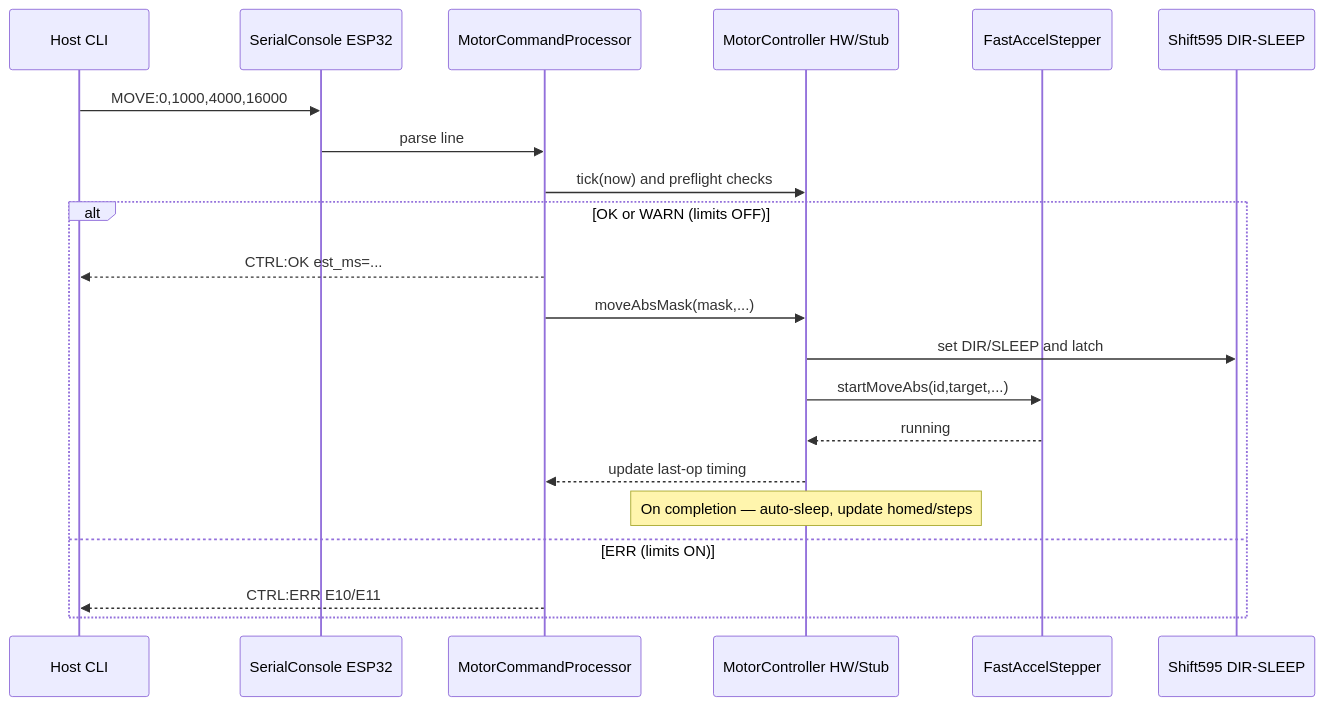
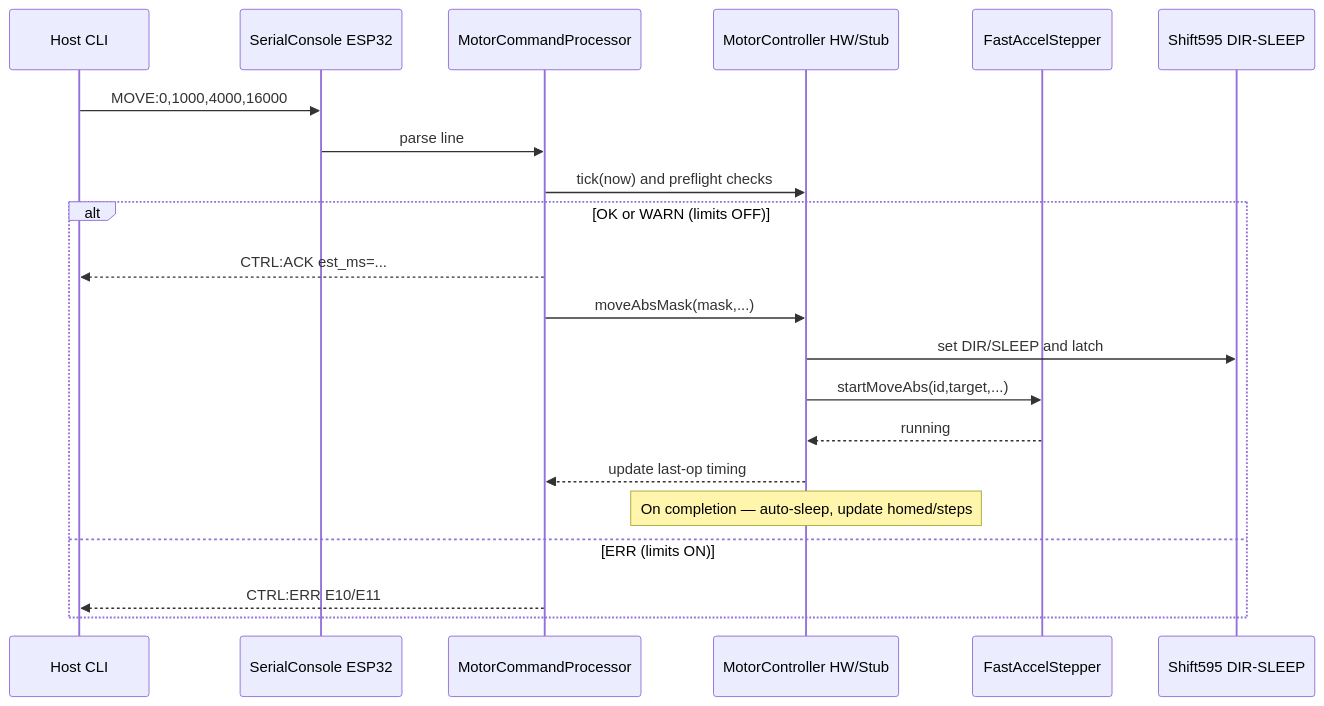
The second of 2 diagrams in README.md (szerintedmi/kinetic-mirror-matrix-esp32), drawn with Mermaid before and after one commit. The commit also changed other lines of this file and 26 other files, not shown here.

````diff
--- a/README.md
+++ b/README.md
@@ -77,23 +77,23 @@
 ```mermaid
 sequenceDiagram
   participant CLI as Host CLI
   participant Dev as SerialConsole ESP32
   participant MCP as MotorCommandProcessor
   participant CTR as MotorController HW/Stub
   participant FAS as FastAccelStepper
   participant SR as Shift595 DIR-SLEEP
   CLI->>Dev: MOVE:0,1000,4000,16000
   Dev->>MCP: parse line
   MCP->>CTR: tick(now) and preflight checks
   alt OK or WARN (limits OFF)
-    MCP-->>CLI: CTRL:OK est_ms=...
+    MCP-->>CLI: CTRL:ACK est_ms=...
     MCP->>CTR: moveAbsMask(mask,...)
     CTR->>SR: set DIR/SLEEP and latch
     CTR->>FAS: startMoveAbs(id,target,...)
     FAS-->>CTR: running
     CTR-->>MCP: update last-op timing
     Note over CTR: On completion — auto-sleep, update homed/steps
   else ERR (limits ON)
     MCP-->>CLI: CTRL:ERR E10/E11
   end
 ```
````
